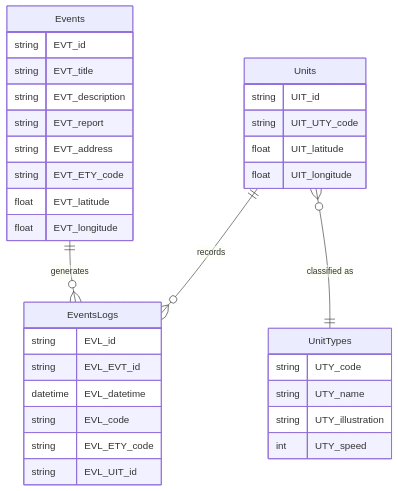
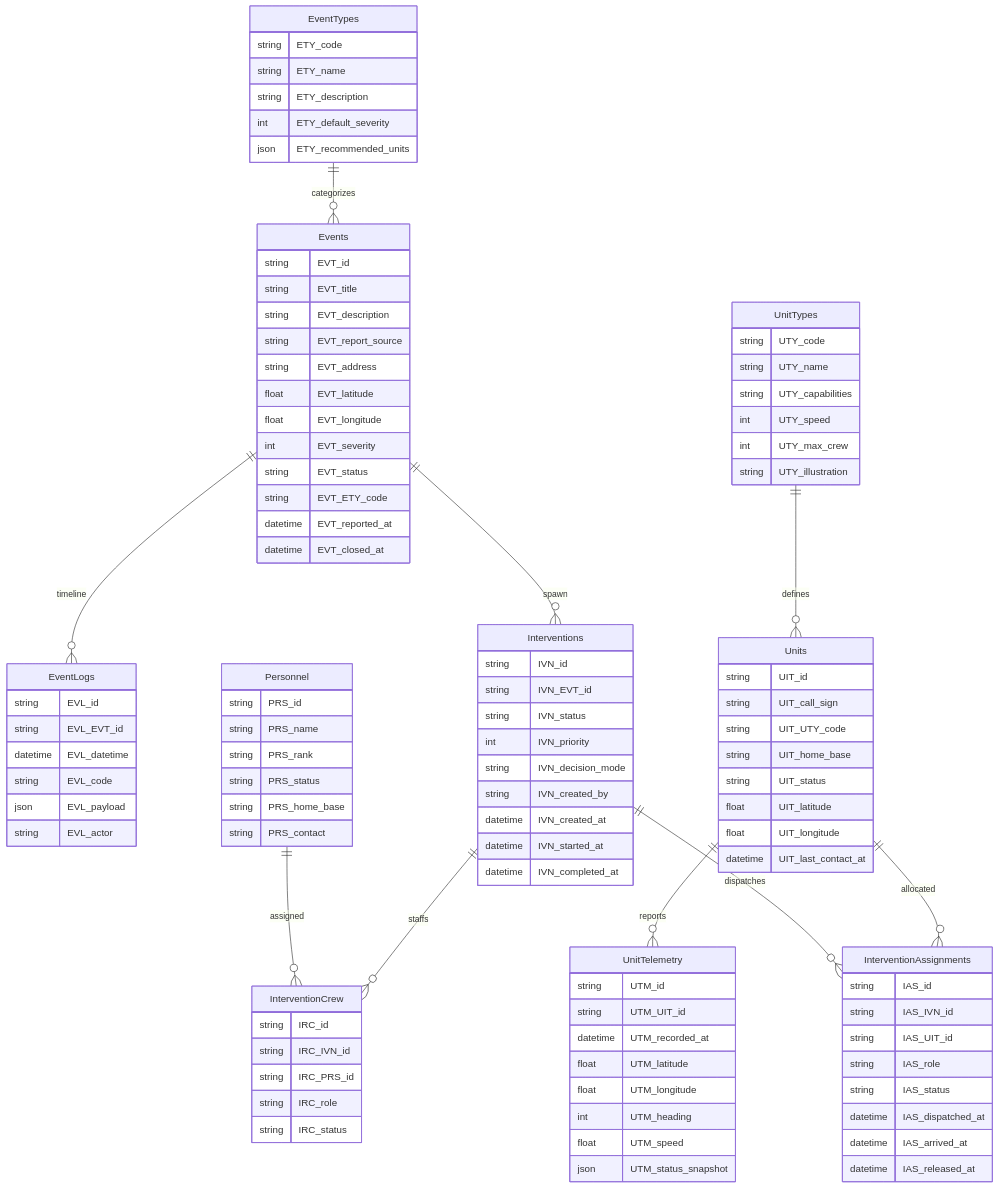
One commit to loan-mgt/fast-pin-pon changed the diagram in README.md. Above: the diagram before and after it, drawn with Mermaid. The commit also changed other lines of this file and 29 other files, not shown here.

````diff
--- a/README.md
+++ b/README.md
@@ -142,40 +112,115 @@
 ```mermaid
 erDiagram
-  Events ||--o{ EventsLogs : "generates"
-  Units ||--o{ EventsLogs : "records"
-  Units }o--|| UnitTypes : "classified as"
+  EventTypes ||--o{ Events : "categorizes"
+  Events ||--o{ EventLogs : "timeline"
+  Events ||--o{ Interventions : "spawn"
+  Interventions ||--o{ InterventionAssignments : "dispatches"
+  Units ||--o{ InterventionAssignments : "allocated"
+  Units ||--o{ UnitTelemetry : "reports"
+  UnitTypes ||--o{ Units : "defines"
+  Personnel ||--o{ InterventionCrew : "assigned"
+  Interventions ||--o{ InterventionCrew : "staffs"
+
+  EventTypes {
+    string ETY_code
+    string ETY_name
+    string ETY_description
+    int ETY_default_severity
+    json ETY_recommended_units
+  }
 
   Events {
     string EVT_id
     string EVT_title
     string EVT_description
-    string EVT_report
+    string EVT_report_source
     string EVT_address
-    string EVT_ETY_code
     float EVT_latitude
     float EVT_longitude
+    int EVT_severity
+    string EVT_status
+    string EVT_ETY_code
+    datetime EVT_reported_at
+    datetime EVT_closed_at
   }
 
-  EventsLogs {
+  EventLogs {
     string EVL_id
     string EVL_EVT_id
     datetime EVL_datetime
     string EVL_code
-    string EVL_ETY_code
-    string EVL_UIT_id
+    json EVL_payload
+    string EVL_actor
   }
 
-  Units {
-    string UIT_id
-    string UIT_UTY_code
-    float UIT_latitude
-    float UIT_longitude
+  Interventions {
+    string IVN_id
+    string IVN_EVT_id
+    string IVN_status
+    int IVN_priority
+    string IVN_decision_mode
+    string IVN_created_by
+    datetime IVN_created_at
+    datetime IVN_started_at
+    datetime IVN_completed_at
+  }
+
+  InterventionAssignments {
+    string IAS_id
+    string IAS_IVN_id
+    string IAS_UIT_id
+    string IAS_role
+    string IAS_status
+    datetime IAS_dispatched_at
+    datetime IAS_arrived_at
+    datetime IAS_released_at
   }
 
   UnitTypes {
     string UTY_code
     string UTY_name
+    string UTY_capabilities
+    int UTY_speed
+    int UTY_max_crew
     string UTY_illustration
-    int UTY_speed
+  }
+
+  Units {
+    string UIT_id
+    string UIT_call_sign
+    string UIT_UTY_code
+    string UIT_home_base
+    string UIT_status
+    float UIT_latitude
+    float UIT_longitude
+    datetime UIT_last_contact_at
+  }
+
+  UnitTelemetry {
+    string UTM_id
+    string UTM_UIT_id
+    datetime UTM_recorded_at
+    float UTM_latitude
+    float UTM_longitude
+    int UTM_heading
+    float UTM_speed
+    json UTM_status_snapshot
+  }
+
+  Personnel {
+    string PRS_id
+    string PRS_name
+    string PRS_rank
+    string PRS_status
+    string PRS_home_base
+    string PRS_contact
+  }
+
+  InterventionCrew {
+    string IRC_id
+    string IRC_IVN_id
+    string IRC_PRS_id
+    string IRC_role
+    string IRC_status
   }
 ```
````
